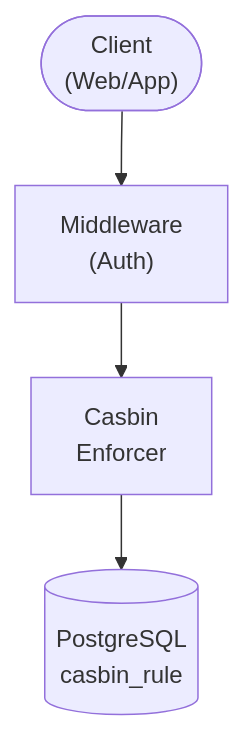
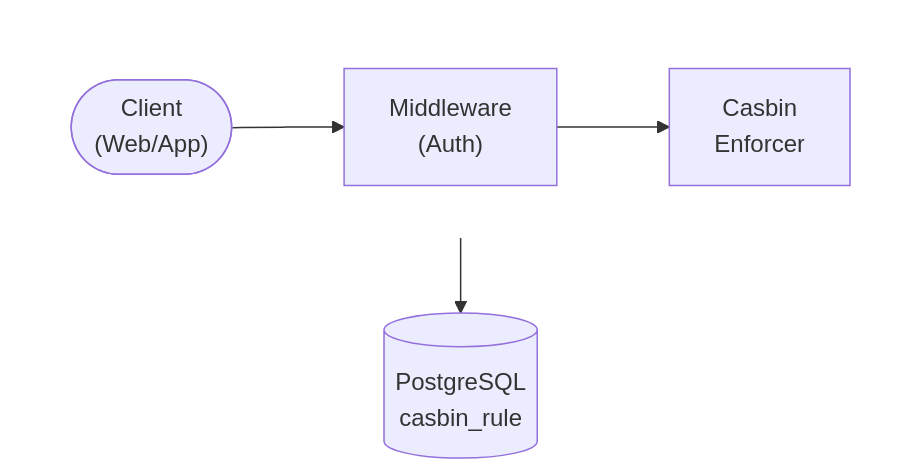
Before and after one commit to lusoris/revenge: the diagram in docs/dev/design/services/RBAC.md, drawn with Mermaid. The commit also changed 210 other files, not shown here.

First line of the commit message:
feat(docs): Add horizontal layout support for Mermaid diagrams

````diff
--- a/docs/dev/design/services/RBAC.md
+++ b/docs/dev/design/services/RBAC.md
@@ -60,10 +60,16 @@
 ```mermaid
 flowchart TD
-    node1(["Client<br/>(Web/App)"])
-    node2["Middleware<br/>(Auth)"]
-    node3["Casbin<br/>Enforcer"]
+    subgraph row1[ ]
+        direction LR
+        node1(["Client<br/>(Web/App)"])
+        node2["Middleware<br/>(Auth)"]
+        node3["Casbin<br/>Enforcer"]
+    end
     node4[("PostgreSQL<br/>casbin_rule")]
     node1 --> node2
     node2 --> node3
     node3 --> node4
+
+    %% Hide row subgraph borders
+    style row1 fill:transparent,stroke:transparent
 ```
````
